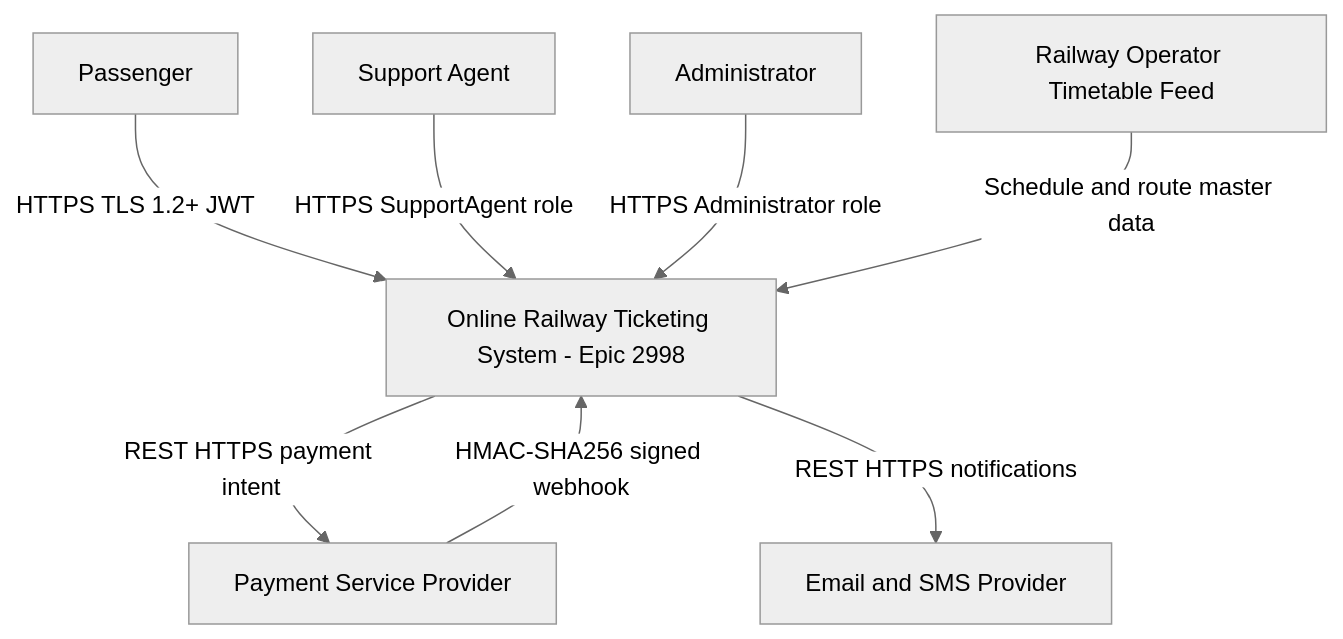
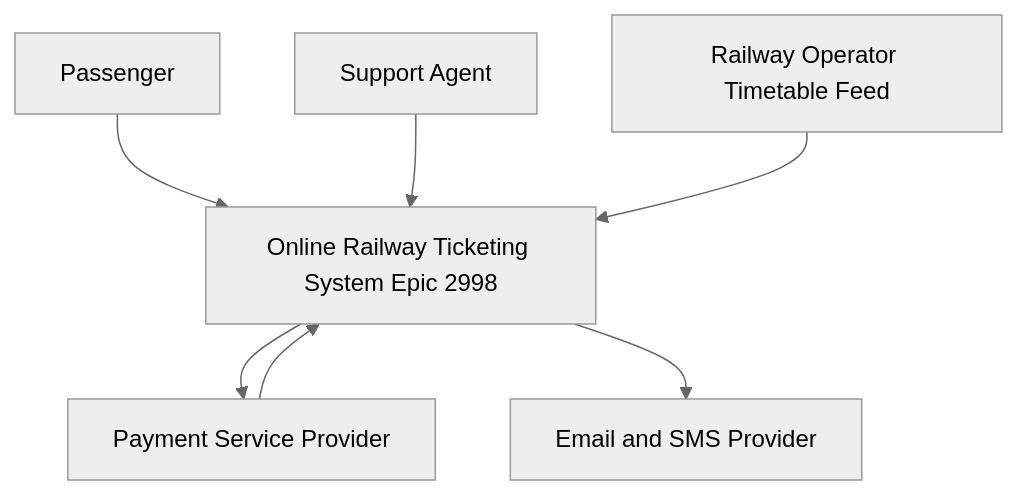
Before and after one commit to Mandeep-Kaur-Johar/sdlc-online-railway-ticketing-system: the diagram in docs/architecture/epic-2998/system-context.mmd, drawn with Mermaid (neutral theme).

Commit message:
docs: re-render system context diagram for Epic 2998

```diff
--- a/docs/architecture/epic-2998/system-context.mmd
+++ b/docs/architecture/epic-2998/system-context.mmd
@@ -1,15 +1,13 @@
 flowchart TB
     Passenger["Passenger"]
     SupportAgent["Support Agent"]
-    Admin["Administrator"]
-    System["Online Railway Ticketing System - Epic 2998"]
+    System["Online Railway Ticketing System Epic 2998"]
     PSP["Payment Service Provider"]
     Comms["Email and SMS Provider"]
     Operator["Railway Operator Timetable Feed"]
-    Passenger -->|HTTPS TLS 1.2+ JWT| System
-    SupportAgent -->|HTTPS SupportAgent role| System
-    Admin -->|HTTPS Administrator role| System
-    System -->|REST HTTPS payment intent| PSP
-    PSP -->|HMAC-SHA256 signed webhook| System
-    System -->|REST HTTPS notifications| Comms
-    Operator -->|Schedule and route master data| System
+    Passenger --> System
+    SupportAgent --> System
+    System --> PSP
+    PSP --> System
+    System --> Comms
+    Operator --> System
```
